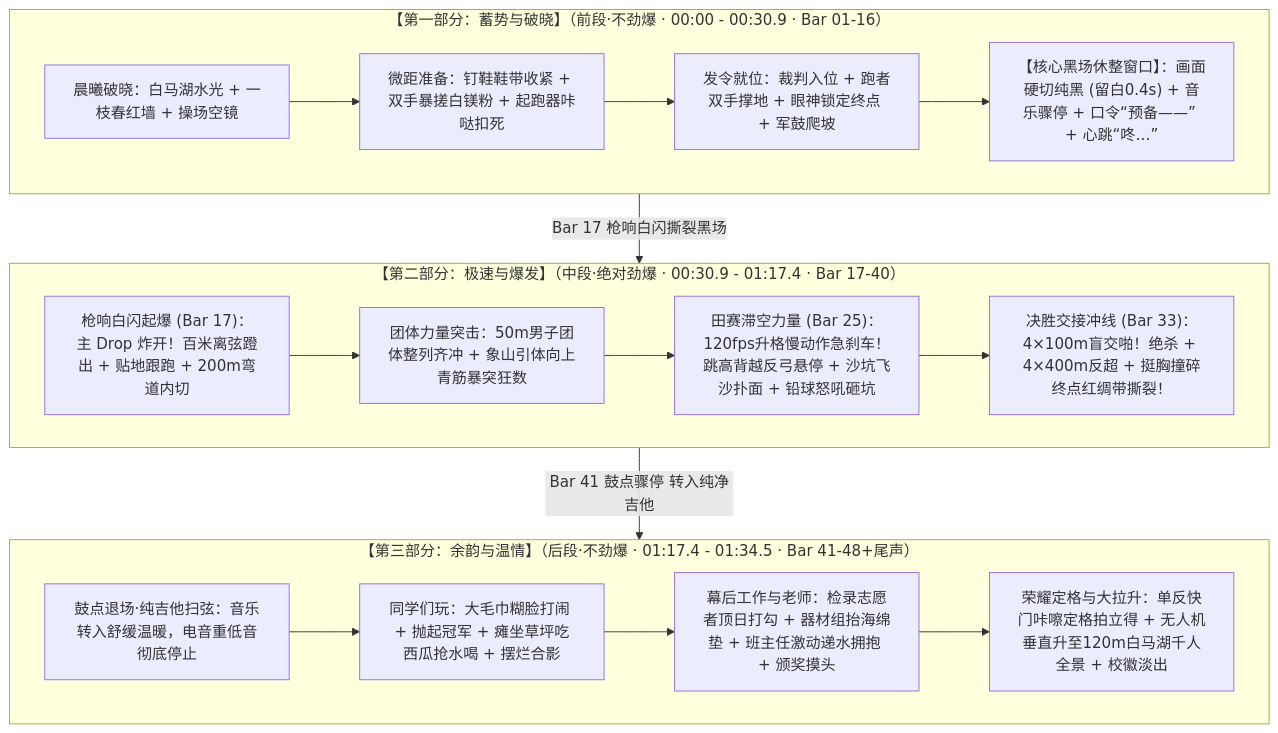
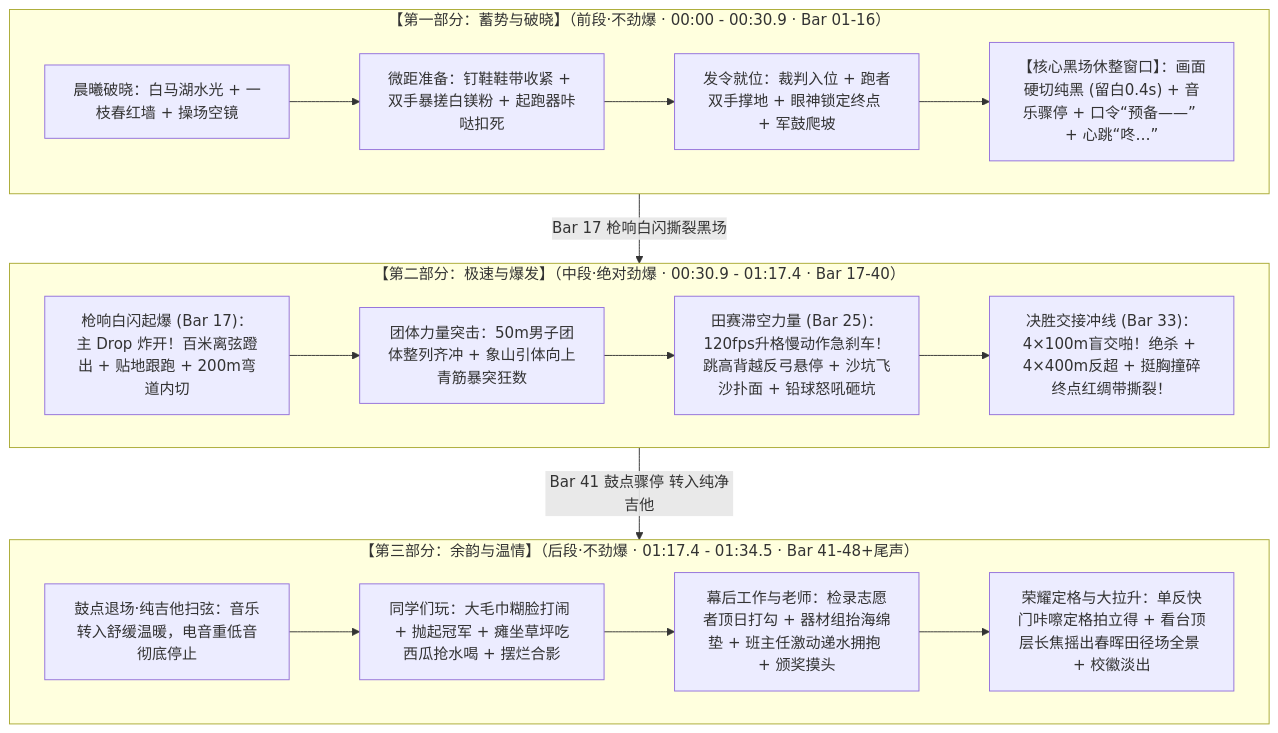
The diagram in 成品脚本/01_传统高光混剪_最终脚本.md (RS114514/2026SportsMeet), drawn with Mermaid before and after one commit. The commit also changed other lines of this file and 4 other files, not shown here.

````diff
--- a/成品脚本/01_传统高光混剪_最终脚本.md
+++ b/成品脚本/01_传统高光混剪_最终脚本.md
@@ -21,23 +22,23 @@
 ```mermaid
 flowchart TD
     subgraph Part1["【第一部分：蓄势与破晓】（前段·不劲爆 · 00:00 - 00:30.9 · Bar 01-16）"]
         A1["晨曦破晓：白马湖水光 + 一枝春红墙 + 操场空镜"] --> A2["微距准备：钉鞋鞋带收紧 + 双手暴搓白镁粉 + 起跑器咔哒扣死"]
         A2 --> A3["发令就位：裁判入位 + 跑者双手撑地 + 眼神锁定终点 + 军鼓爬坡"]
         A3 --> A4["【核心黑场休整窗口】：画面硬切纯黑 (留白0.4s) + 音乐骤停 + 口令“预备——” + 心跳“咚…”"]
     end
 
     subgraph Part2["【第二部分：极速与爆发】（中段·绝对劲爆 · 00:30.9 - 01:17.4 · Bar 17-40）"]
         B1["枪响白闪起爆 (Bar 17)：主 Drop 炸开！百米离弦蹬出 + 贴地跟跑 + 200m弯道内切"] --> B2["团体力量突击：50m男子团体整列齐冲 + 象山引体向上青筋暴突狂数"]
         B2 --> B3["田赛滞空力量 (Bar 25)：120fps升格慢动作急刹车！跳高背越反弓悬停 + 沙坑飞沙扑面 + 铅球怒吼砸坑"]
         B3 --> B4["决胜交接冲线 (Bar 33)：4×100m盲交啪！绝杀 + 4×400m反超 + 挺胸撞碎终点红绸带撕裂！"]
     end
 
     subgraph Part3["【第三部分：余韵与温情】（后段·不劲爆 · 01:17.4 - 01:34.5 · Bar 41-48+尾声）"]
         C1["鼓点退场·纯吉他扫弦：音乐转入舒缓温暖，电音重低音彻底停止"] --> C2["同学们玩：大毛巾糊脸打闹 + 抛起冠军 + 瘫坐草坪吃西瓜抢水喝 + 摆烂合影"]
         C2 --> C3["幕后工作与老师：检录志愿者顶日打勾 + 器材组抬海绵垫 + 班主任激动递水拥抱 + 颁奖摸头"]
-        C3 --> C4["荣耀定格与大拉升：单反快门咔嚓定格拍立得 + 无人机垂直升至120m白马湖千人全景 + 校徽淡出"]
+        C3 --> C4["荣耀定格与大拉升：单反快门咔嚓定格拍立得 + 看台顶层长焦摇出春晖田径场全景 + 校徽淡出"]
     end
 
     Part1 -->|Bar 17 枪响白闪撕裂黑场| Part2
     Part2 -->|Bar 41 鼓点骤停 转入纯净吉他| Part3
 ```
````
